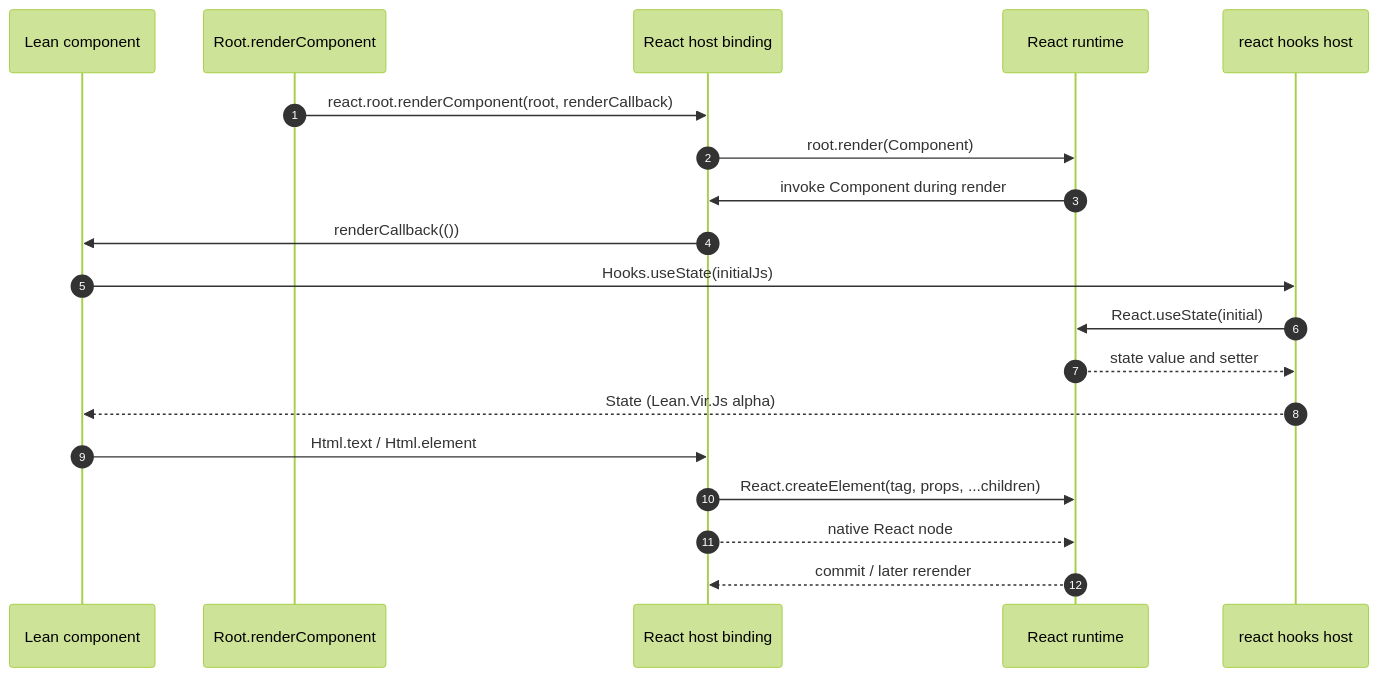
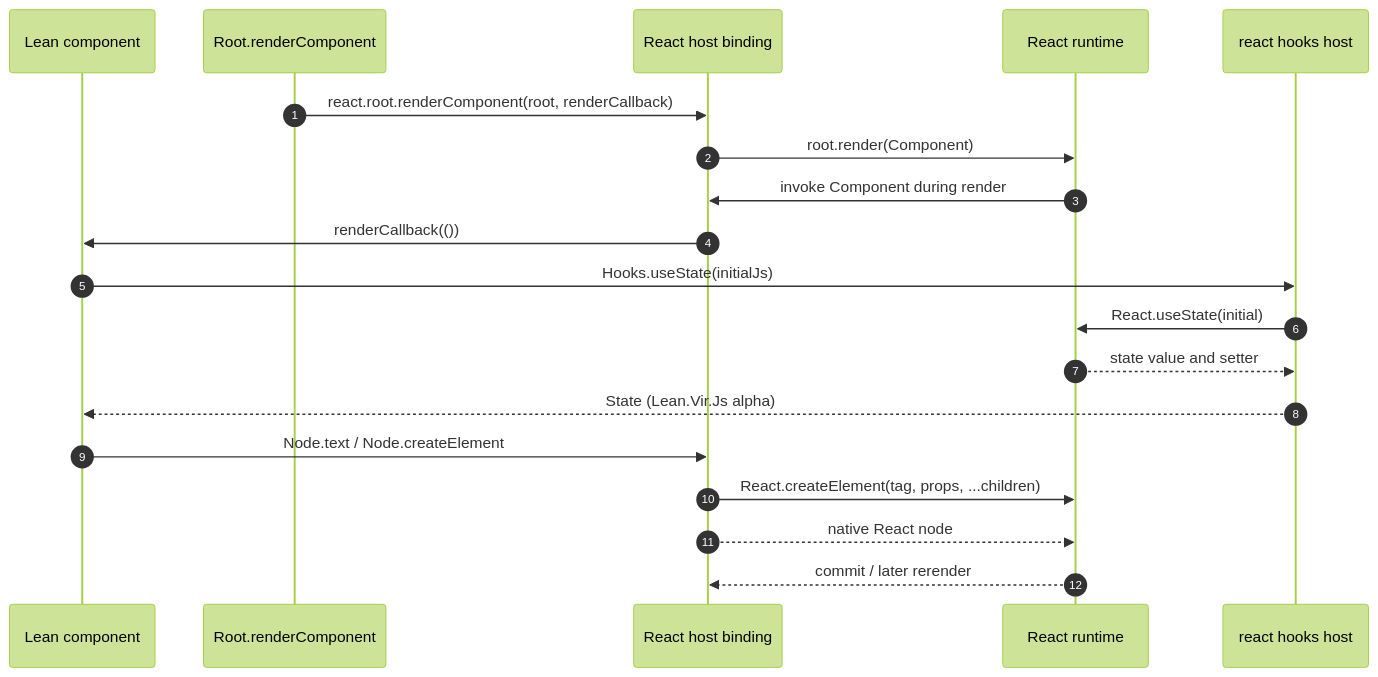
The fifth of 5 diagrams in docs/DEVELOPER_GUIDE.md (ejgallego/lean-vir), drawn with Mermaid (forest theme) before and after one commit. The commit also changed other lines of this file and 26 other files, not shown here.

````diff
--- a/docs/DEVELOPER_GUIDE.md
+++ b/docs/DEVELOPER_GUIDE.md
@@ -216,22 +216,22 @@
 ```mermaid
 sequenceDiagram
     autonumber
     participant Lean as Lean component
     participant Root as Root.renderComponent
     participant Host as React host binding
     participant React as React runtime
     participant Hooks as react hooks host
 
     Root->>Host: react.root.renderComponent(root, renderCallback)
     Host->>React: root.render(Component)
     React->>Host: invoke Component during render
     Host->>Lean: renderCallback(())
     Lean->>Hooks: Hooks.useState(initialJs)
     Hooks->>React: React.useState(initial)
     React-->>Hooks: state value and setter
     Hooks-->>Lean: State (Lean.Vir.Js alpha)
-    Lean->>Host: Html.text / Html.element
+    Lean->>Host: Node.text / Node.createElement
     Host->>React: React.createElement(tag, props, ...children)
     Host-->>React: native React node
     React-->>Host: commit / later rerender
 ```
````
